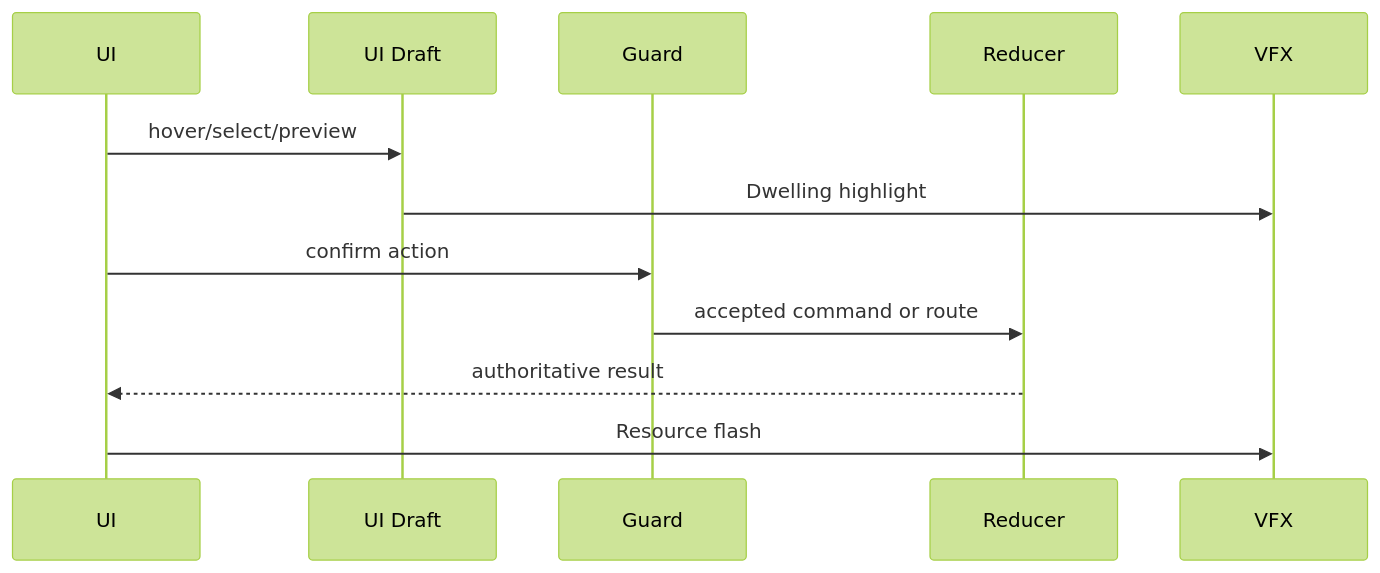
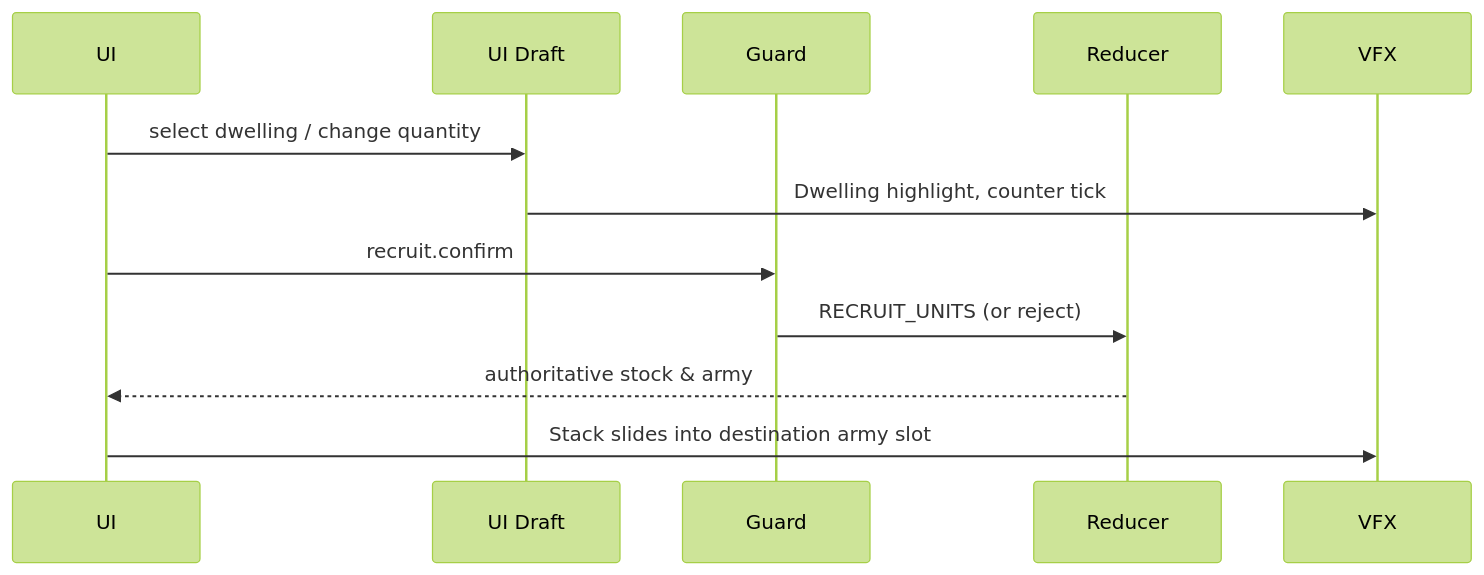
Before and after one commit to SunaNoOshiro/Heroes_Reforged_AI_Realms: the fourth of 5 diagrams in docs/architecture/wiki/screens/25-building-recruitment-dialog/architecture.md, drawn with Mermaid (forest theme). The commit also changed other lines of this file and 518 other files, not shown here.

First line of the commit message:
Add doc-audit skill and sweep architecture/screen docs

````diff
--- a/docs/architecture/wiki/screens/25-building-recruitment-dialog/architecture.md
+++ b/docs/architecture/wiki/screens/25-building-recruitment-dialog/architecture.md
@@ -56,14 +59,14 @@
 ```mermaid
 sequenceDiagram
   participant UI
   participant Draft as UI Draft
   participant Guard
   participant Reducer
   participant VFX
-  UI->>Draft: hover/select/preview
-  Draft->>VFX: Dwelling highlight
-  UI->>Guard: confirm action
-  Guard->>Reducer: accepted command or route
-  Reducer-->>UI: authoritative result
-  UI->>VFX: Resource flash
+  UI->>Draft: select dwelling / change quantity
+  Draft->>VFX: Dwelling highlight, counter tick
+  UI->>Guard: recruit.confirm
+  Guard->>Reducer: RECRUIT_UNITS (or reject)
+  Reducer-->>UI: authoritative stock & army
+  UI->>VFX: Stack slides into destination army slot
 ```
````
